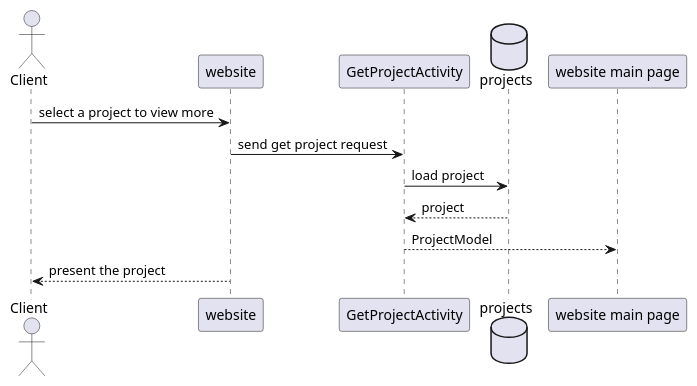
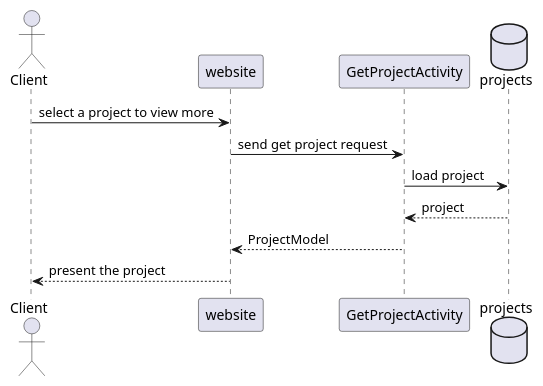
One commit to BloomTechBackend/bd-team-project-miguelfr changed the diagram in project_documents/UML diagrams/getProjectSD.puml. Above: the diagram before and after it, drawn with PlantUML. The commit also changed 6 other files, not shown here.

Commit message:
Updateing the diagrams

```diff
--- a/project_documents/UML diagrams/getProjectSD.puml
+++ b/project_documents/UML diagrams/getProjectSD.puml
@@ -1,13 +1,13 @@
 @startuml
 actor Client
 participant website
 participant GetProjectActivity
 database projects
 
 Client -> website: select a project to view more
 website -> GetProjectActivity: send get project request
 GetProjectActivity -> projects: load project
 GetProjectActivity <-- projects: project
-"website main page" <-- GetProjectActivity: ProjectModel
+website <-- GetProjectActivity: ProjectModel
 Client <-- website: present the project
 @enduml
```
